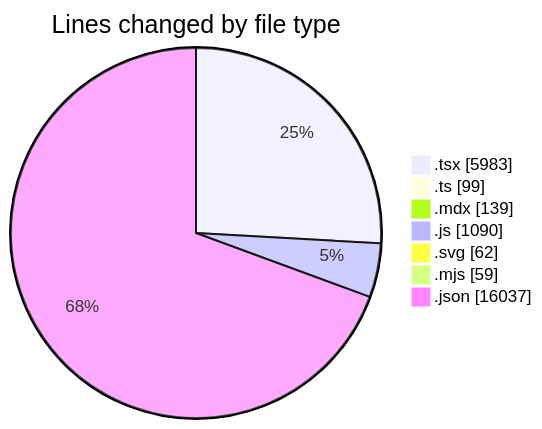
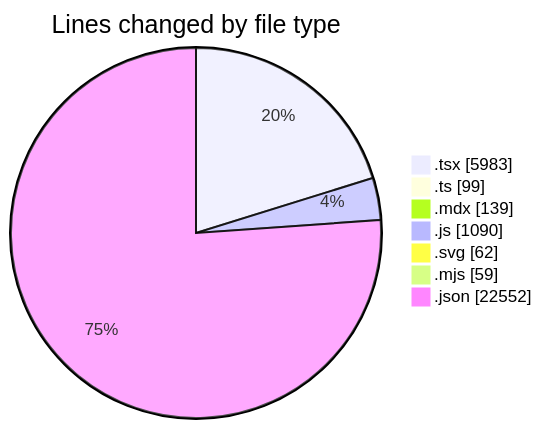
The first of 2 diagrams in 2025-05-10/elitesun/README.md (Elitesun/code-tracking), drawn with Mermaid before and after one commit. The commit also changed other lines of this file and 1 other file, not shown here.

````diff
--- a/2025-05-10/elitesun/README.md
+++ b/2025-05-10/elitesun/README.md
@@ -43,11 +43,11 @@
 ```mermaid
 pie showData
 title Lines changed by file type
 ".tsx" : 5983
 ".ts" : 99
 ".mdx" : 139
 ".js" : 1090
 ".svg" : 62
 ".mjs" : 59
-".json" : 16037
+".json" : 22552
 ```
````
